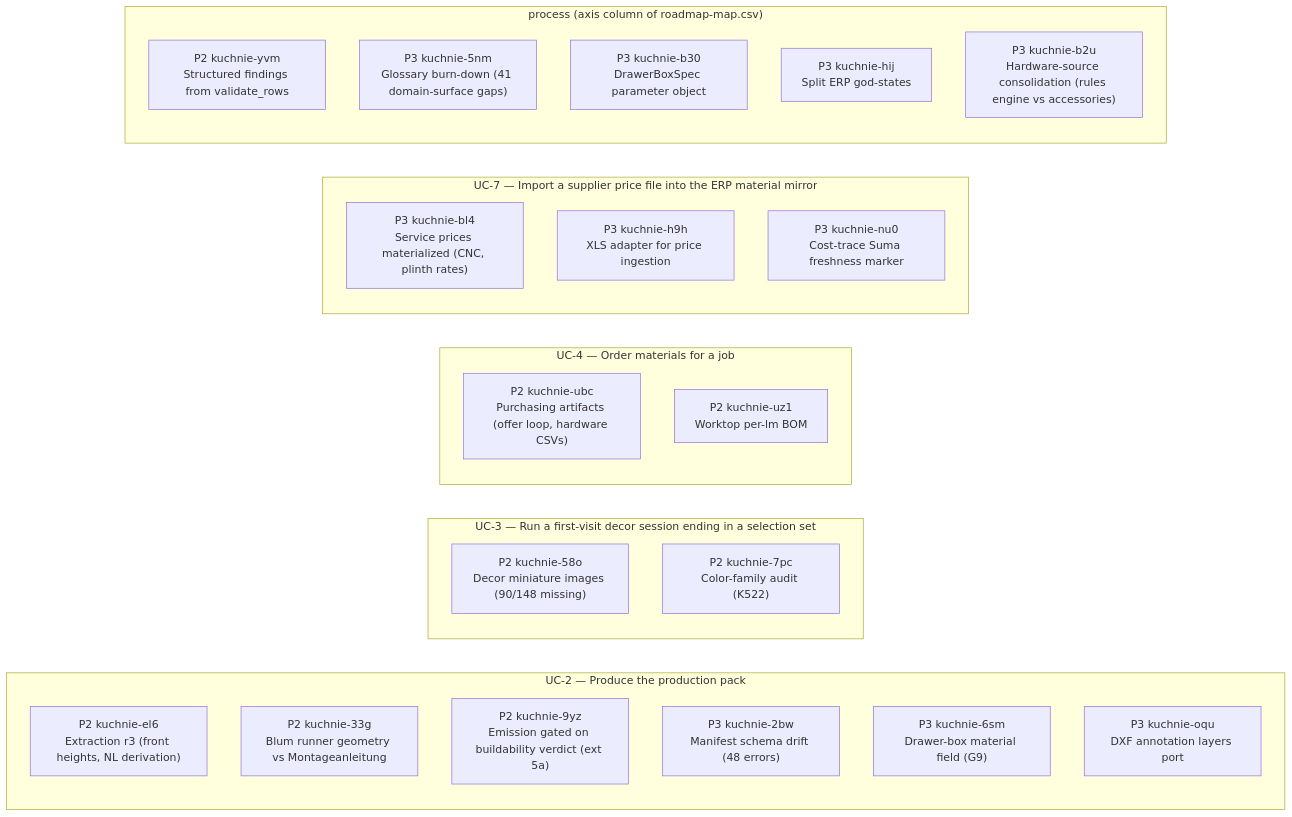
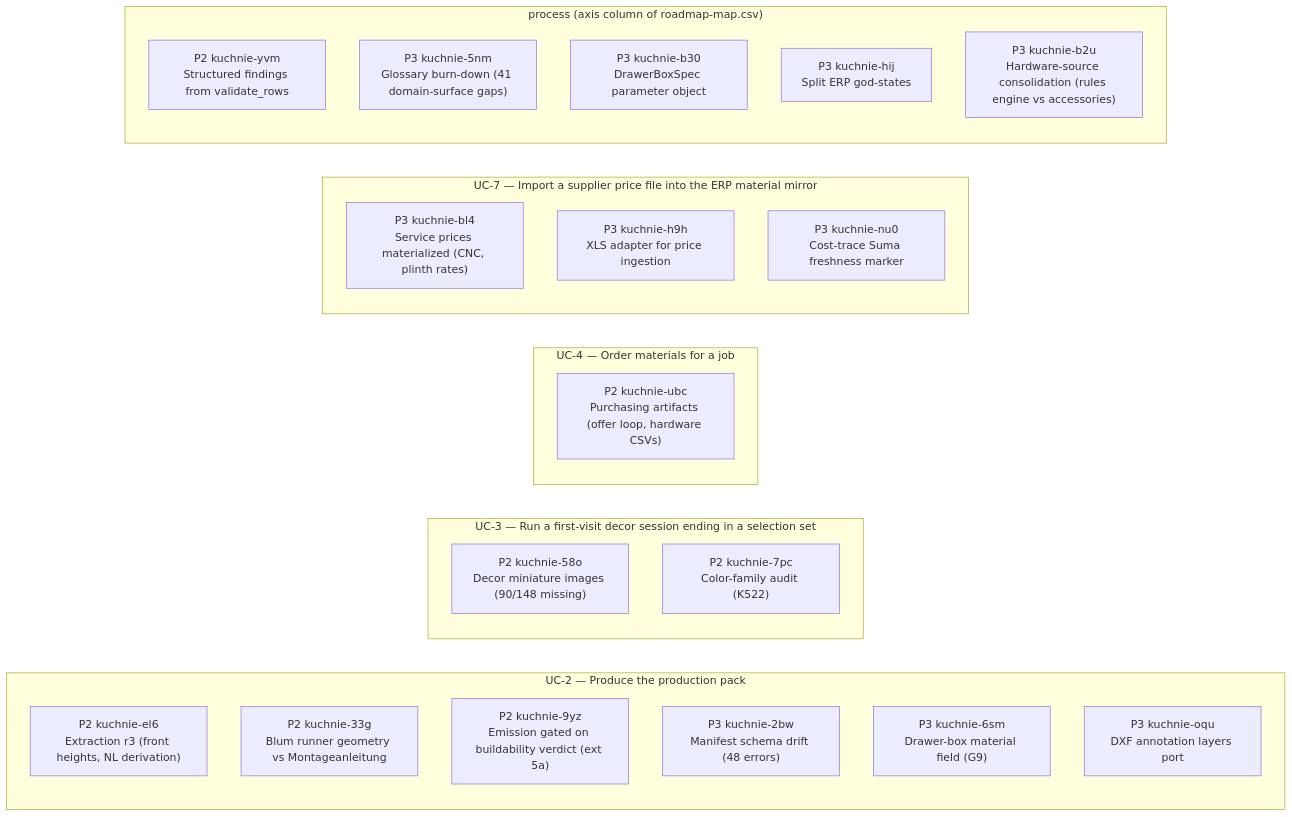
One commit to m1981/kuchnie changed the second of 2 diagrams in STATUS.md. Above: the diagram before and after it, drawn with Mermaid. The commit also changed other lines of this file and 2 other files, not shown here.

First line of the commit message:
truth: wk-4c37f4ee shipped as tr-17905dae (worktop per-lm BOM, R7 process-coverage acceptance now LIVE); 10 staled claims re-affirmed post-commit; STATUS regenerated

````diff
--- a/STATUS.md
+++ b/STATUS.md
@@ -147,31 +142,30 @@
 ```mermaid
 flowchart LR
     subgraph gUC_2 ["UC-2 — Produce the production pack"]
         u_kuchnie_el6["P2 kuchnie-el6<br/>Extraction r3 (front heights, NL derivation)"]
         u_kuchnie_33g["P2 kuchnie-33g<br/>Blum runner geometry vs Montageanleitung"]
         u_kuchnie_9yz["P2 kuchnie-9yz<br/>Emission gated on buildability verdict (ext 5a)"]
         u_kuchnie_2bw["P3 kuchnie-2bw<br/>Manifest schema drift (48 errors)"]
         u_kuchnie_6sm["P3 kuchnie-6sm<br/>Drawer-box material field (G9)"]
         u_kuchnie_oqu["P3 kuchnie-oqu<br/>DXF annotation layers port"]
     end
     subgraph gUC_3 ["UC-3 — Run a first-visit decor session ending in a selection set"]
         u_kuchnie_58o["P2 kuchnie-58o<br/>Decor miniature images (90/148 missing)"]
         u_kuchnie_7pc["P2 kuchnie-7pc<br/>Color-family audit (K522)"]
     end
     subgraph gUC_4 ["UC-4 — Order materials for a job"]
         u_kuchnie_ubc["P2 kuchnie-ubc<br/>Purchasing artifacts (offer loop, hardware CSVs)"]
-        u_kuchnie_uz1["P2 kuchnie-uz1<br/>Worktop per-lm BOM"]
     end
     subgraph gUC_7 ["UC-7 — Import a supplier price file into the ERP material mirror"]
         u_kuchnie_bl4["P3 kuchnie-bl4<br/>Service prices materialized (CNC, plinth rates)"]
         u_kuchnie_h9h["P3 kuchnie-h9h<br/>XLS adapter for price ingestion"]
         u_kuchnie_nu0["P3 kuchnie-nu0<br/>Cost-trace Suma freshness marker"]
     end
     subgraph g_none ["process (axis column of roadmap-map.csv)"]
         u_kuchnie_yvm["P2 kuchnie-yvm<br/>Structured findings from validate_rows"]
         u_kuchnie_5nm["P3 kuchnie-5nm<br/>Glossary burn-down (41 domain-surface gaps)"]
         u_kuchnie_b30["P3 kuchnie-b30<br/>DrawerBoxSpec parameter object"]
         u_kuchnie_hij["P3 kuchnie-hij<br/>Split ERP god-states"]
         u_kuchnie_b2u["P3 kuchnie-b2u<br/>Hardware-source consolidation (rules engine vs accessories)"]
     end
 ```
````
